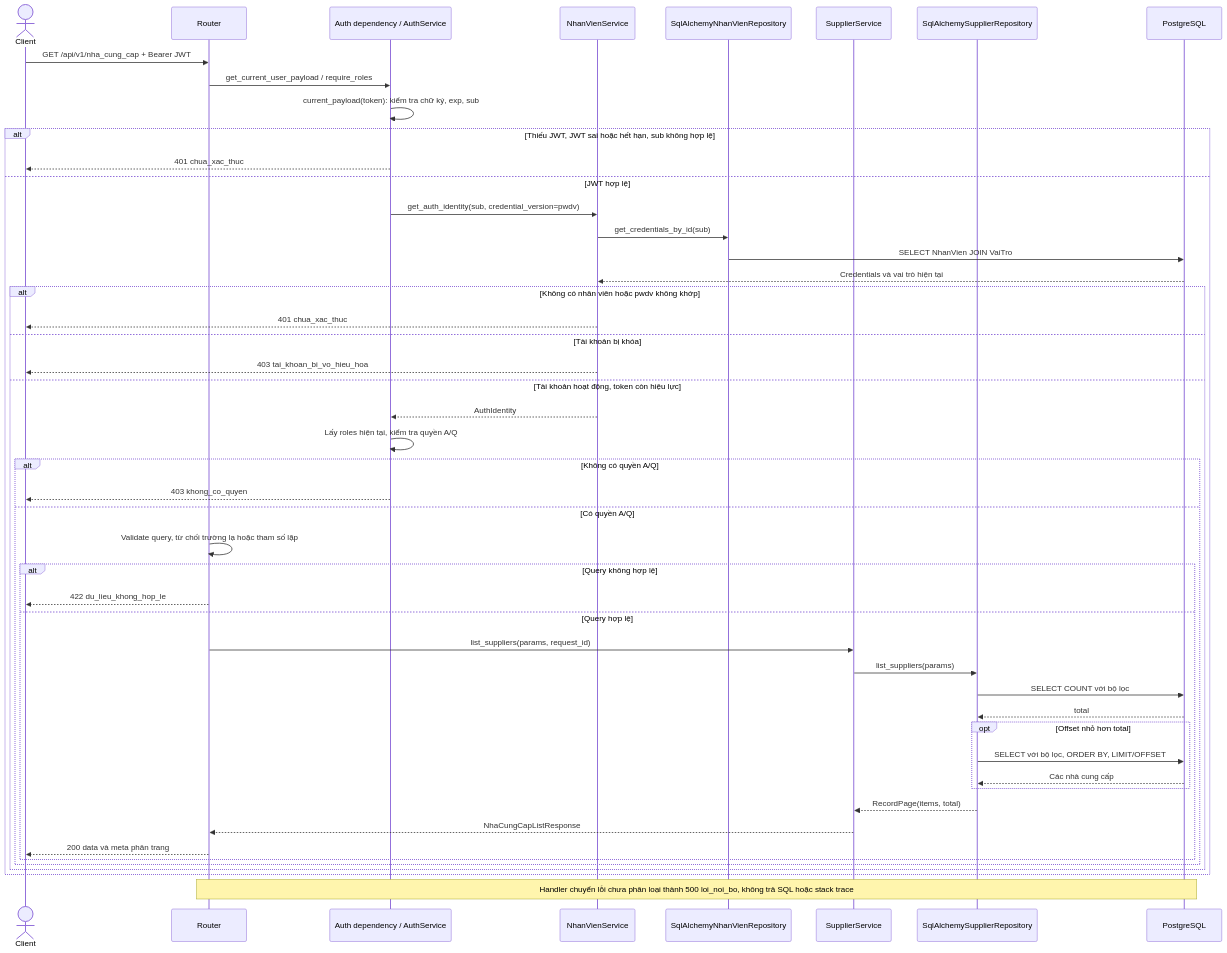
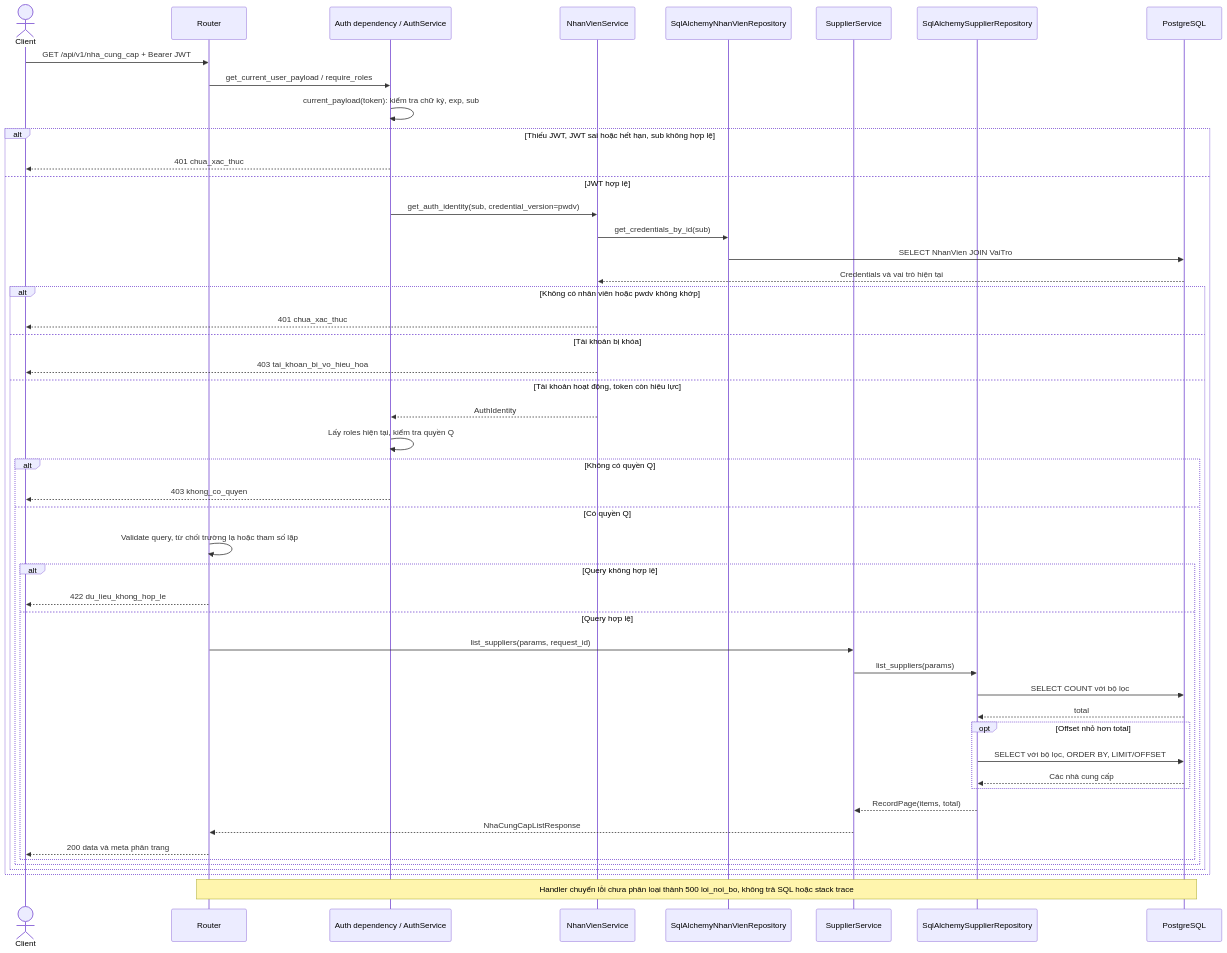
One commit to thanhklt/xbike-mrp-system changed the first of 3 diagrams in docs/sequence/nha_cung_cap.md. Above: the diagram before and after it, drawn with Mermaid. The commit also changed other lines of this file and 22 other files, not shown here.

````diff
--- a/docs/sequence/nha_cung_cap.md
+++ b/docs/sequence/nha_cung_cap.md
@@ -16,51 +16,51 @@
 ```mermaid
 sequenceDiagram
     actor Client
     participant Router
     participant Auth as Auth dependency / AuthService
     participant Employees as NhanVienService
     participant EmployeeRepo as SqlAlchemyNhanVienRepository
     participant Service as SupplierService
     participant Repo as SqlAlchemySupplierRepository
     participant DB as PostgreSQL
     Client->>Router: GET /api/v1/nha_cung_cap + Bearer JWT
     Router->>Auth: get_current_user_payload / require_roles
     Auth->>Auth: current_payload(token): kiểm tra chữ ký, exp, sub
     alt Thiếu JWT, JWT sai hoặc hết hạn, sub không hợp lệ
         Auth-->>Client: 401 chua_xac_thuc
     else JWT hợp lệ
         Auth->>Employees: get_auth_identity(sub, credential_version=pwdv)
         Employees->>EmployeeRepo: get_credentials_by_id(sub)
         EmployeeRepo->>DB: SELECT NhanVien JOIN VaiTro
         DB-->>Employees: Credentials và vai trò hiện tại
         alt Không có nhân viên hoặc pwdv không khớp
             Employees-->>Client: 401 chua_xac_thuc
         else Tài khoản bị khóa
             Employees-->>Client: 403 tai_khoan_bi_vo_hieu_hoa
         else Tài khoản hoạt động, token còn hiệu lực
             Employees-->>Auth: AuthIdentity
-            Auth->>Auth: Lấy roles hiện tại, kiểm tra quyền A/Q
-            alt Không có quyền A/Q
+            Auth->>Auth: Lấy roles hiện tại, kiểm tra quyền Q
+            alt Không có quyền Q
                 Auth-->>Client: 403 khong_co_quyen
-            else Có quyền A/Q
+            else Có quyền Q
                 Router->>Router: Validate query, từ chối trường lạ hoặc tham số lặp
                 alt Query không hợp lệ
                     Router-->>Client: 422 du_lieu_khong_hop_le
                 else Query hợp lệ
                     Router->>Service: list_suppliers(params, request_id)
                     Service->>Repo: list_suppliers(params)
                     Repo->>DB: SELECT COUNT với bộ lọc
                     DB-->>Repo: total
                     opt Offset nhỏ hơn total
                         Repo->>DB: SELECT với bộ lọc, ORDER BY, LIMIT/OFFSET
                         DB-->>Repo: Các nhà cung cấp
                     end
                     Repo-->>Service: RecordPage(items, total)
                     Service-->>Router: NhaCungCapListResponse
                     Router-->>Client: 200 data và meta phân trang
                 end
             end
         end
     end
     Note over Router,DB: Handler chuyển lỗi chưa phân loại thành 500 loi_noi_bo, không trả SQL hoặc stack trace
 ```
````
